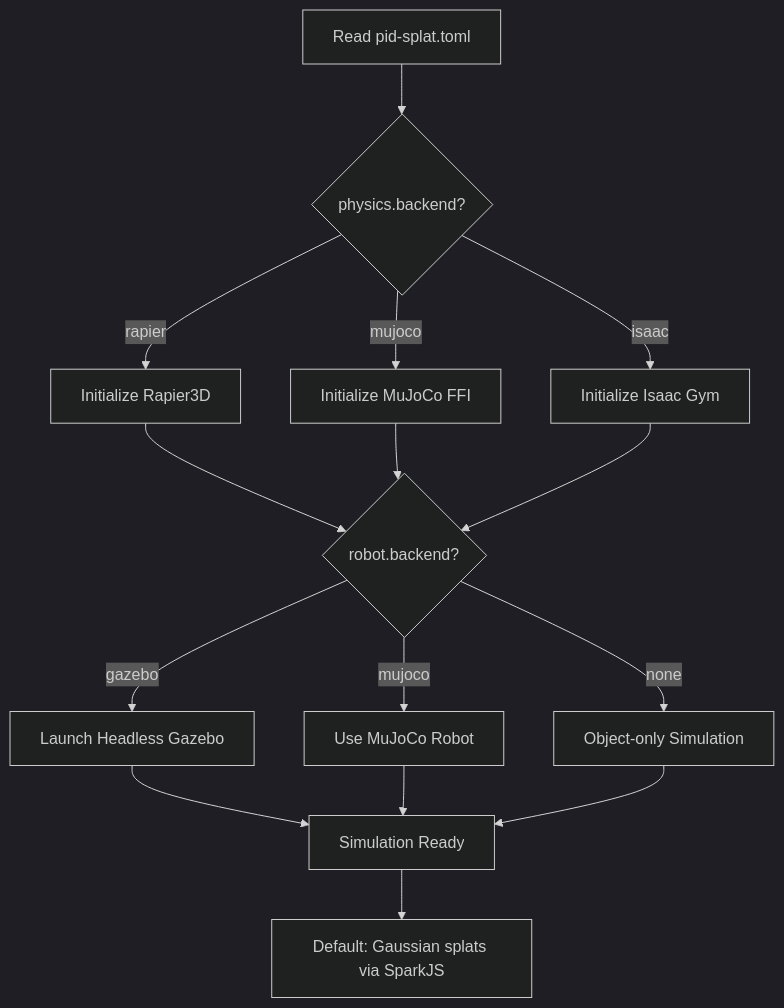
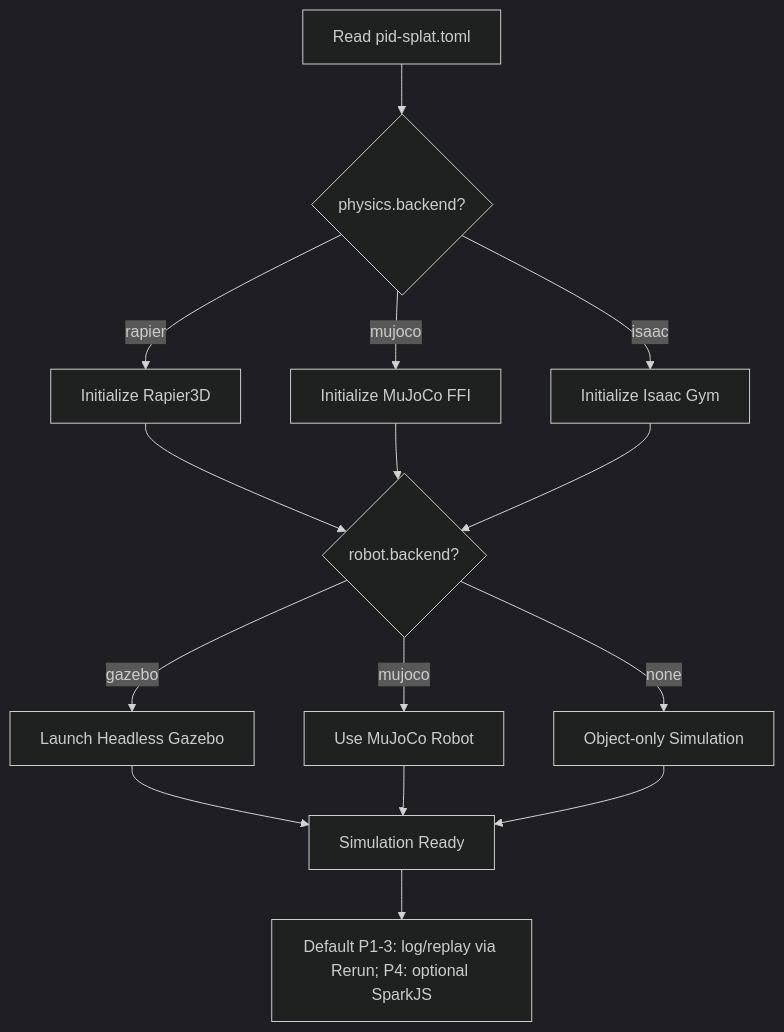
The fifth of 14 diagrams in DIAGRAMS.md (sepahead/prisoma), drawn with Mermaid (dark theme) before and after one commit. The commit also changed other lines of this file and 37 other files, not shown here.

````diff
--- a/DIAGRAMS.md
+++ b/DIAGRAMS.md
@@ -224,22 +226,22 @@
 ```mermaid
 flowchart TD
     Start[Read pid-splat.toml] --> CheckPhys{physics.backend?}
     
     CheckPhys -->|rapier| Rapier[Initialize Rapier3D]
     CheckPhys -->|mujoco| MuJoCo[Initialize MuJoCo FFI]
     CheckPhys -->|isaac| Isaac[Initialize Isaac Gym]
     
     Rapier --> CheckRobot{robot.backend?}
     MuJoCo --> CheckRobot
     Isaac --> CheckRobot
     
     CheckRobot -->|gazebo| Gazebo[Launch Headless Gazebo]
     CheckRobot -->|mujoco| MuJoCoR[Use MuJoCo Robot]
     CheckRobot -->|none| NoRobot[Object-only Simulation]
     
     Gazebo --> Ready[Simulation Ready]
     MuJoCoR --> Ready
     NoRobot --> Ready
     
-    Ready --> Render[Default: Gaussian splats via SparkJS]
+    Ready --> Render[Default P1-3: log/replay via Rerun; P4: optional SparkJS]
 ```
````
